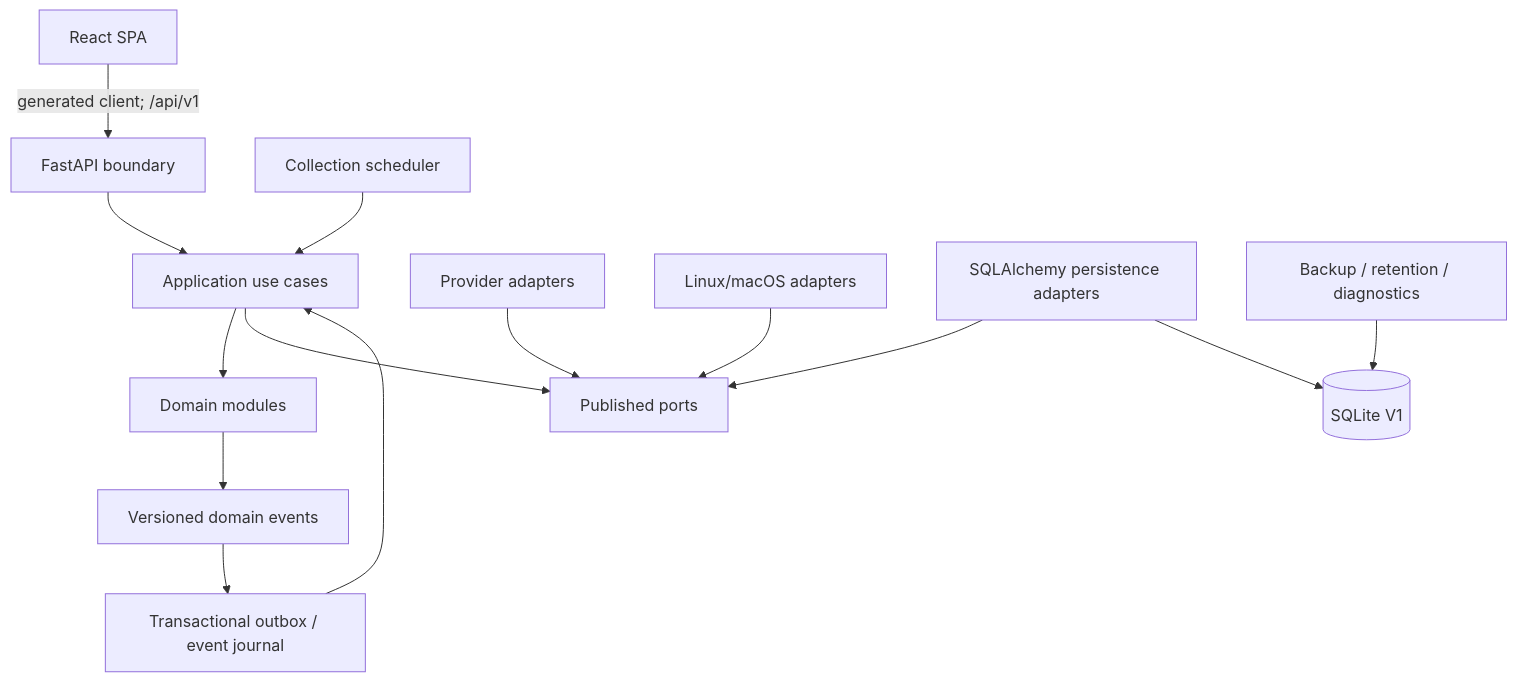
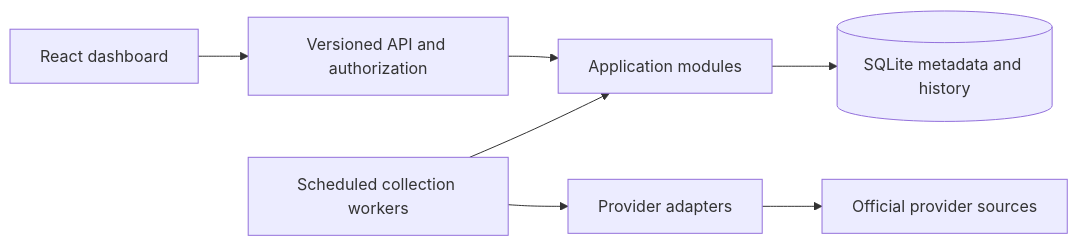
One commit to eaisdevelopment/AgentMonitor changed the diagram in docs/architecture/system-architecture.md. Above: the diagram before and after it, drawn with Mermaid. The commit also changed other lines of this file and 734 other files, not shown here.

First line of the commit message:
Publish API spending dashboard and streamline public documentation

````diff
--- a/docs/architecture/system-architecture.md
+++ b/docs/architecture/system-architecture.md
@@ -26,16 +8,9 @@
 ```mermaid
-flowchart TB
-    UI[React SPA] -->|generated client; /api/v1| API[FastAPI boundary]
-    API --> APP[Application use cases]
-    SCHED[Collection scheduler] --> APP
-    APP --> DOM[Domain modules]
-    APP --> PORTS[Published ports]
-    PROV[Provider adapters] --> PORTS
-    OS[Linux/macOS adapters] --> PORTS
-    PERSIST[SQLAlchemy persistence adapters] --> PORTS
-    DOM --> EVENTS[Versioned domain events]
-    EVENTS --> OUTBOX[Transactional outbox / event journal]
-    OUTBOX --> APP
-    PERSIST --> DB[(SQLite V1)]
-    OPS[Backup / retention / diagnostics] --> DB
+flowchart LR
+  UI[React dashboard] --> API[Versioned API and authorization]
+  API --> APP[Application modules]
+  APP --> DB[(SQLite metadata and history)]
+  WORK[Scheduled collection workers] --> ADAPTER[Provider adapters]
+  ADAPTER --> PROVIDER[Official provider sources]
+  WORK --> APP
 ```
````
